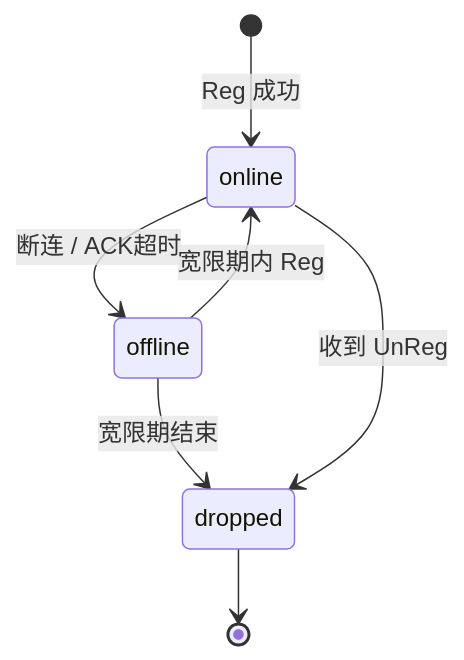
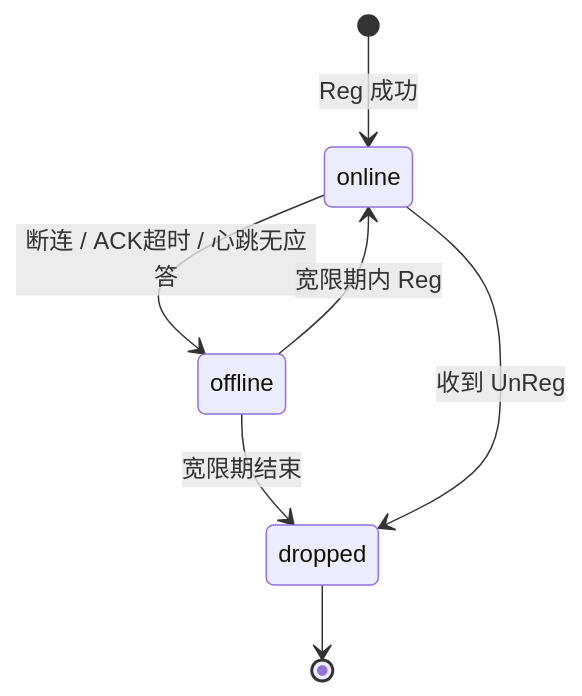
One commit to ChenYFan/NASDK changed the first of 3 diagrams in docs/transport/nacp/lifecycle.md. Above: the diagram before and after it, drawn with Mermaid. The commit also changed other lines of this file and 182 other files, not shown here.

````diff
--- a/docs/transport/nacp/lifecycle.md
+++ b/docs/transport/nacp/lifecycle.md
@@ -11,9 +11,9 @@
 ```mermaid
 stateDiagram-v2
     [*] --> online: Reg 成功
-    online --> offline: 断连 / ACK超时
+    online --> offline: 断连 / ACK超时 / 心跳无应答
     offline --> online: 宽限期内 Reg
     offline --> dropped: 宽限期结束
     online --> dropped: 收到 UnReg
     dropped --> [*]
 ```
````
